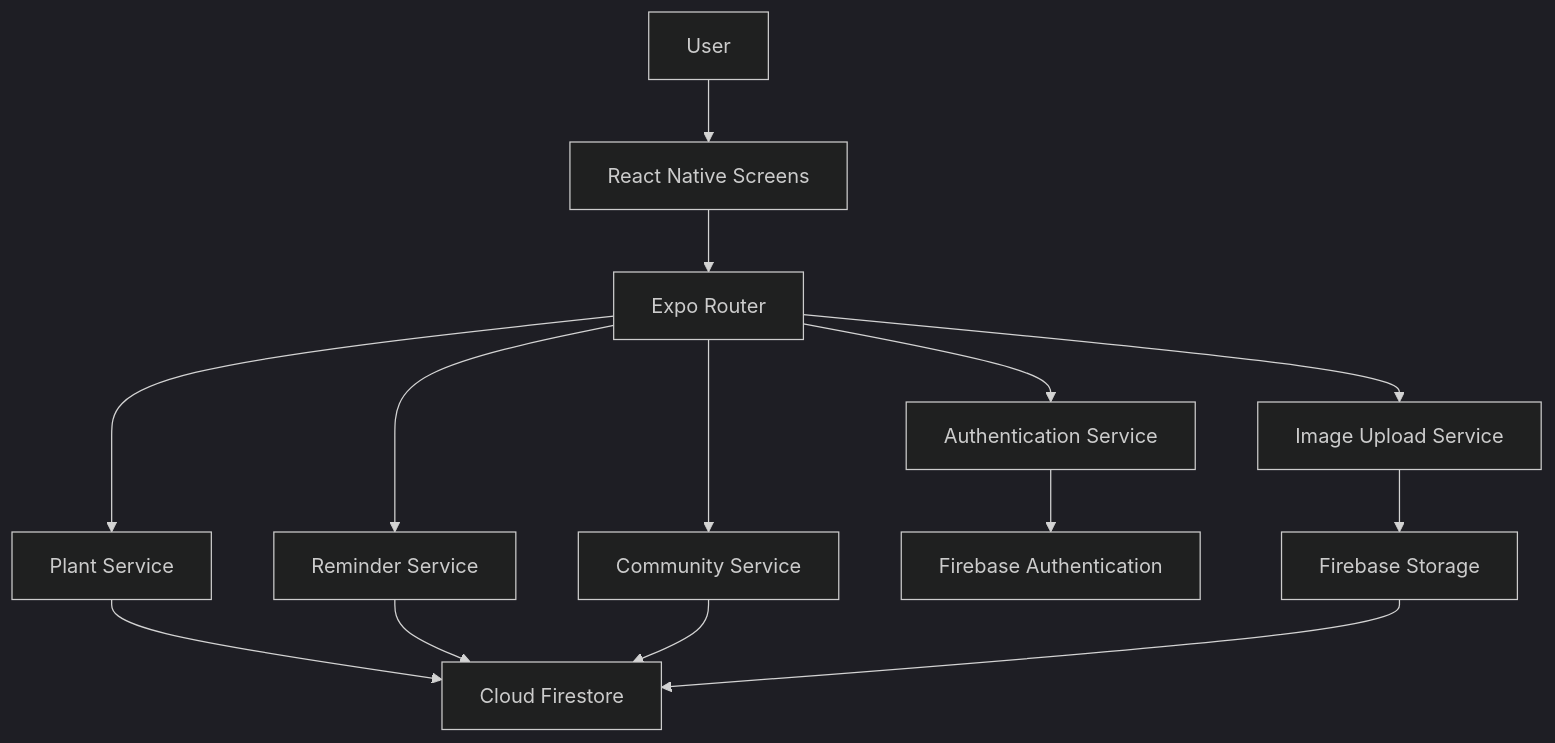
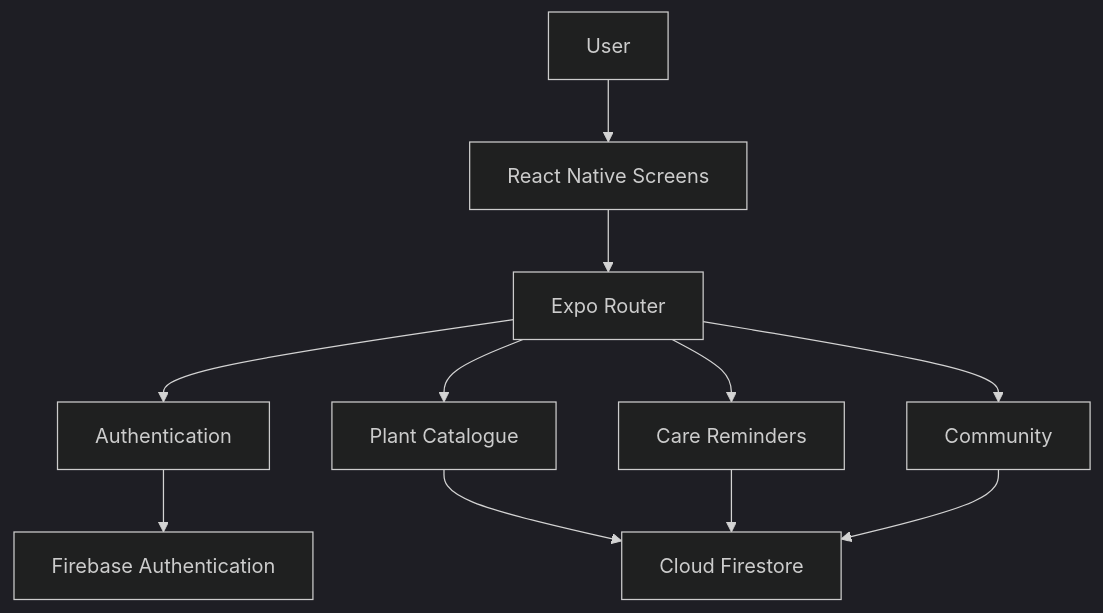
One commit to AnurAfitahMI/JagaPokok changed the diagram in README.md. Above: the diagram before and after it, drawn with Mermaid (dark theme). The commit also changed other lines of this file and 3 other files, not shown here.

````diff
--- a/README.md
+++ b/README.md
@@ -83,19 +83,15 @@
 ```mermaid
 flowchart TD
     A[User] --> B[React Native Screens]
     B --> C[Expo Router]
 
-    C --> D[Authentication Service]
-    C --> E[Plant Service]
-    C --> F[Reminder Service]
-    C --> G[Community Service]
-    C --> H[Image Upload Service]
+    C --> D[Authentication]
+    C --> E[Plant Catalogue]
+    C --> F[Care Reminders]
+    C --> G[Community]
 
-    D --> I[Firebase Authentication]
-    E --> J[Cloud Firestore]
-    F --> J
-    G --> J
-    H --> K[Firebase Storage]
-
-    K --> J
+    D --> H[Firebase Authentication]
+    E --> I[Cloud Firestore]
+    F --> I
+    G --> I
 ```
````
